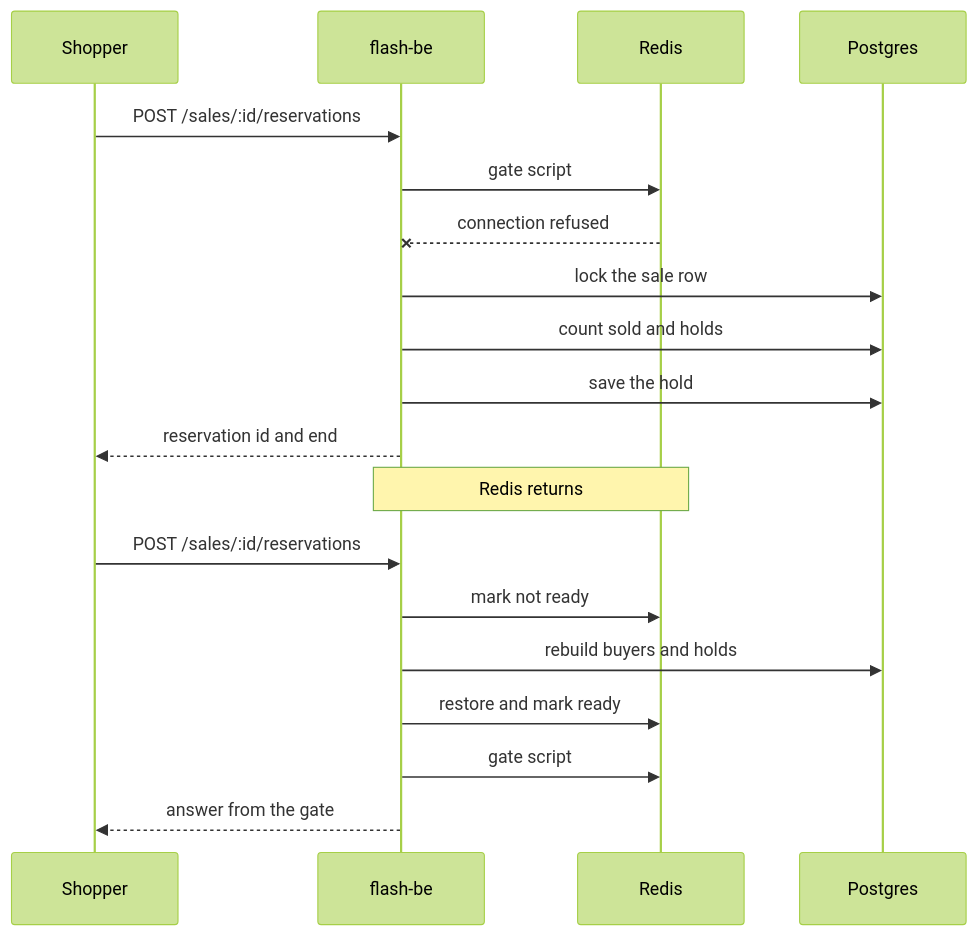
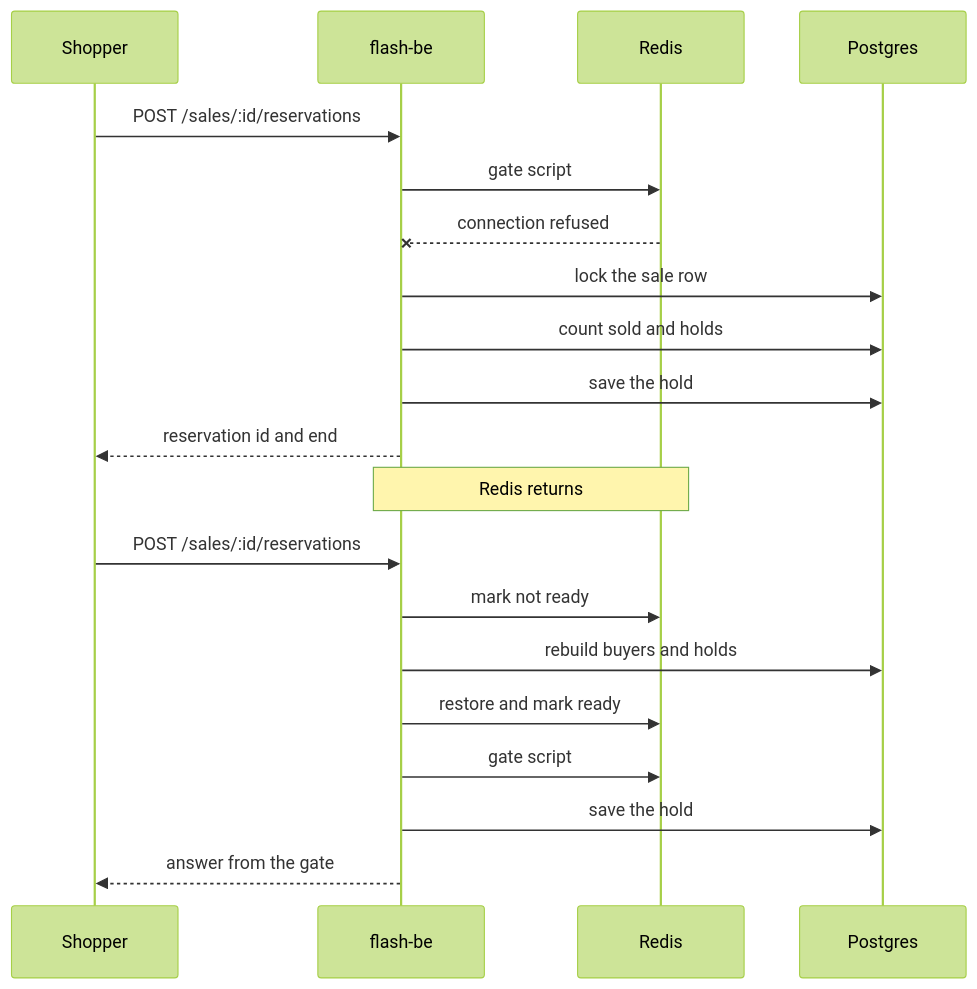
One commit to wahidyankf/coding-itv-js-flashsale changed the fourth of 4 diagrams in specs/apps/flash/c4/sequences.md. Above: the diagram before and after it, drawn with Mermaid (forest theme). The commit also changed other lines of this file and 44 other files, not shown here.

````diff
--- a/specs/apps/flash/c4/sequences.md
+++ b/specs/apps/flash/c4/sequences.md
@@ -230,23 +236,24 @@
 ```mermaid
 sequenceDiagram
   accTitle: Redis goes away
   accDescr: When Redis fails, the API admits the shopper without a line. A reservation is decided in Postgres under the sale row lock, which counts sold items and live holds. When Redis returns, the next reservation marks the gate not ready, one instance rebuilds it from Postgres, and the gate is used again.
   participant S as Shopper
   participant A as flash-be
   participant R as Redis
   participant P as Postgres
   S->>A: POST /sales/:id/reservations
   A->>R: gate script
   R--xA: connection refused
   A->>P: lock the sale row
   A->>P: count sold and holds
   A->>P: save the hold
   A-->>S: reservation id and end
   Note over A,R: Redis returns
   S->>A: POST /sales/:id/reservations
   A->>R: mark not ready
   A->>P: rebuild buyers and holds
   A->>R: restore and mark ready
   A->>R: gate script
+  A->>P: save the hold
   A-->>S: answer from the gate
 ```
````
